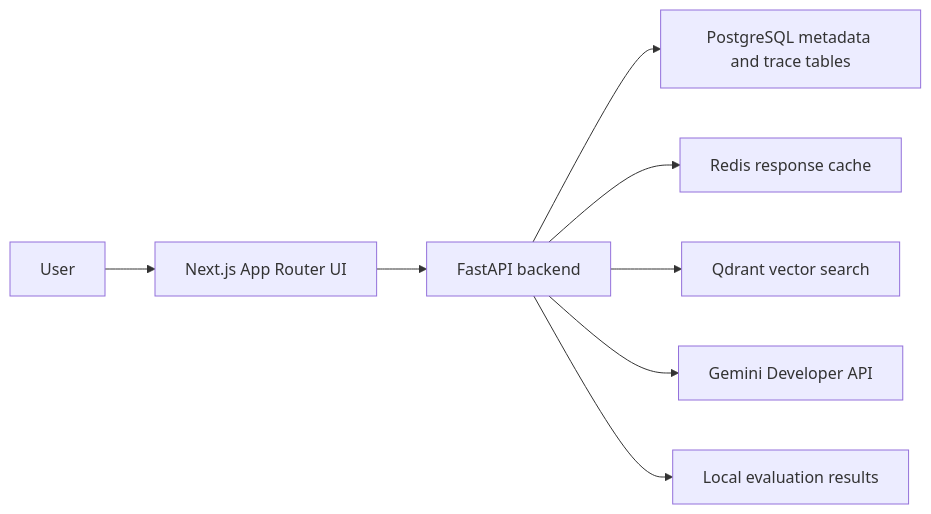
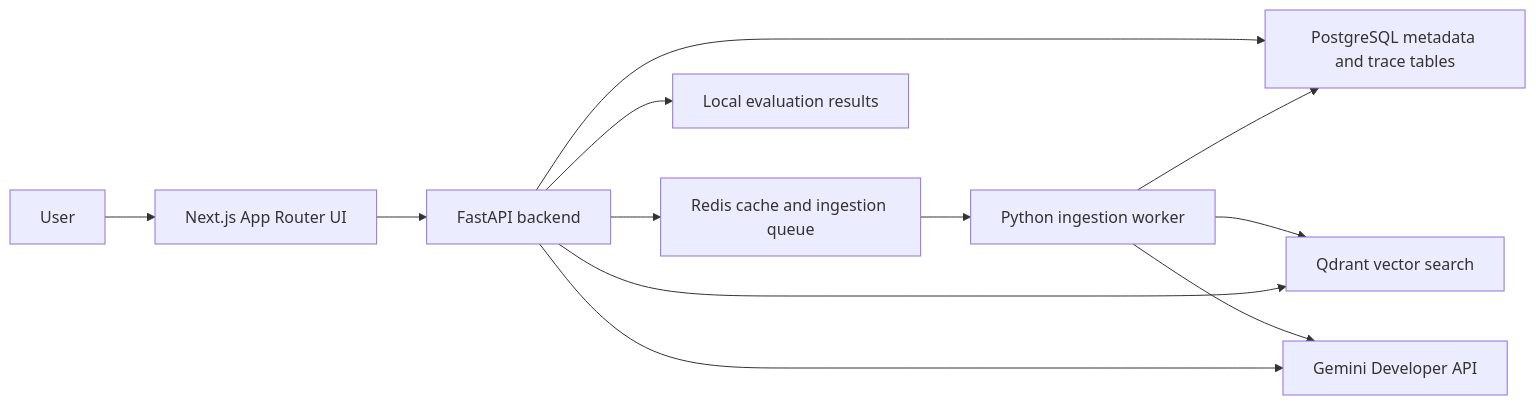
One commit to priyanshuchawda/proofpilot-ai changed the diagram in README.md. Above: the diagram before and after it, drawn with Mermaid. The commit also changed other lines of this file and 19 other files, not shown here.

Commit message:
feat: queue document ingestion in local worker (#51)

````diff
--- a/README.md
+++ b/README.md
@@ -9,10 +9,14 @@
 ```mermaid
 flowchart LR
   User["User"] --> Web["Next.js App Router UI"]
   Web --> API["FastAPI backend"]
   API --> Postgres["PostgreSQL metadata and trace tables"]
-  API --> Redis["Redis response cache"]
-  API --> Qdrant["Qdrant vector search"]
+  API --> Redis["Redis cache and ingestion queue"]
+  Redis --> Worker["Python ingestion worker"]
+  Worker --> Postgres
+  Worker --> Qdrant["Qdrant vector search"]
+  Worker --> Gemini["Gemini Developer API"]
+  API --> Qdrant
   API --> Gemini["Gemini Developer API"]
   API --> Evals["Local evaluation results"]
 ```
````
